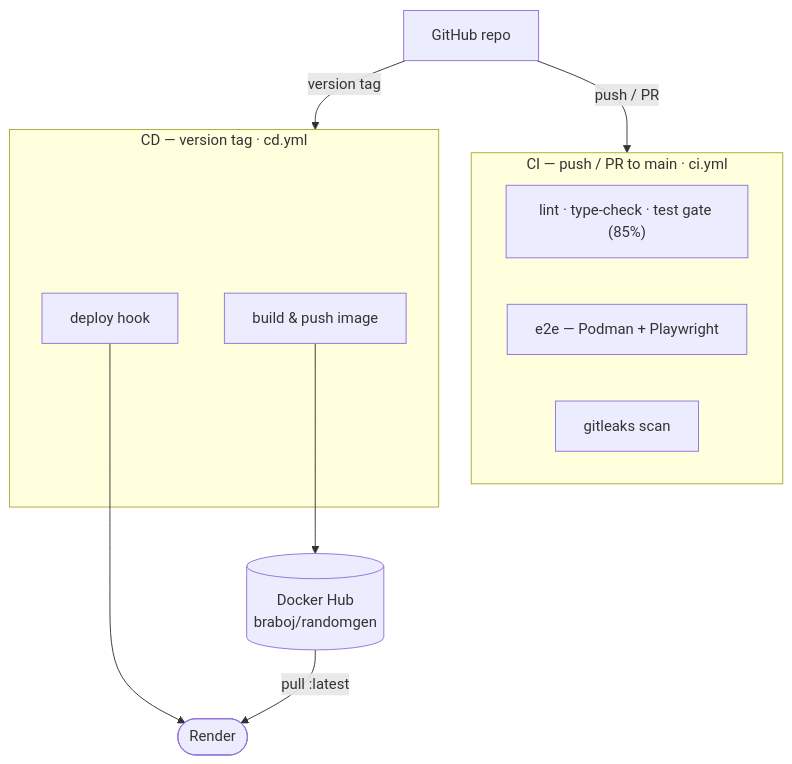
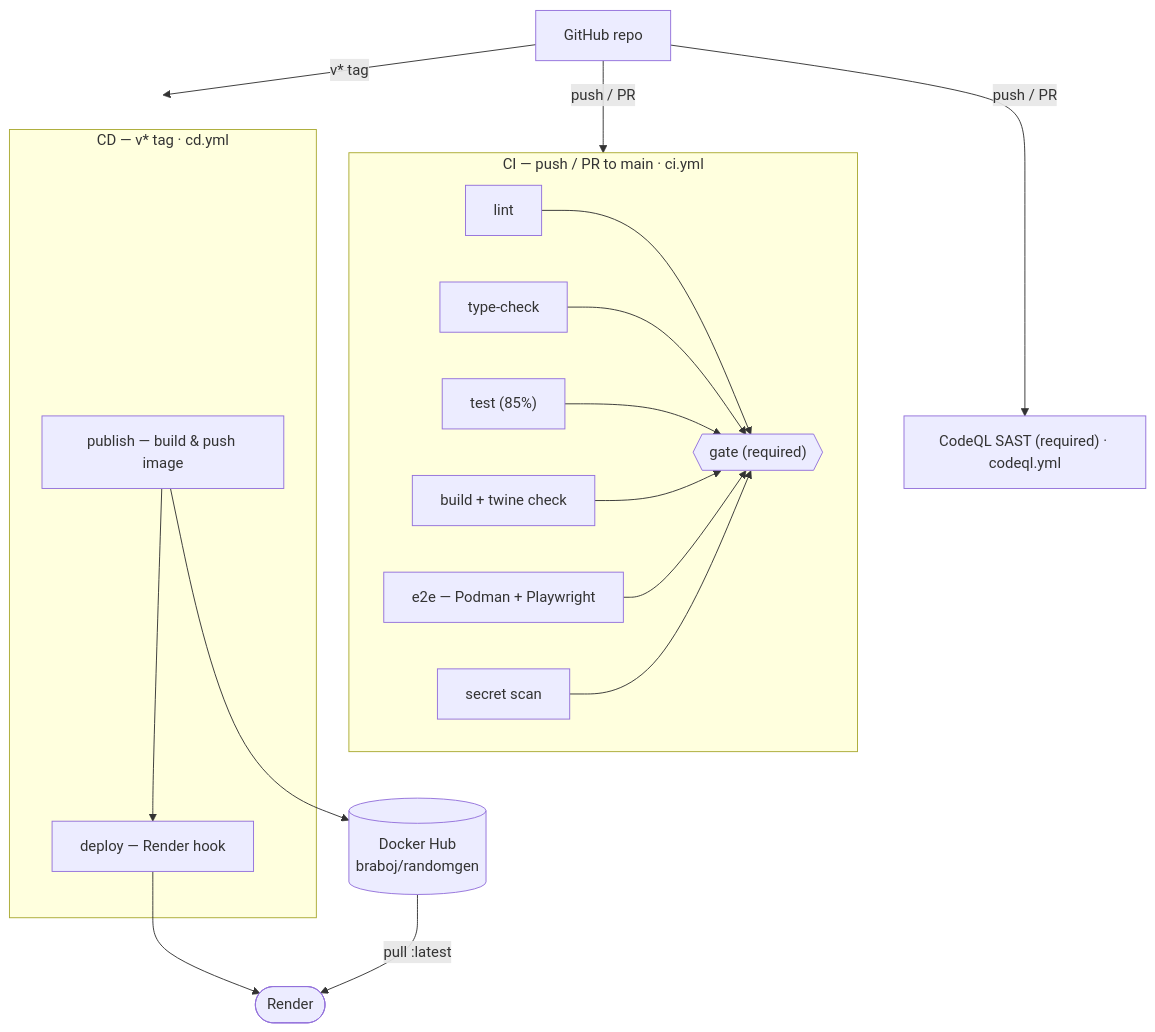
One commit to braboj/demo-randomgen changed the second of 2 diagrams in docs/arc42/07-deployment-view.md. Above: the diagram before and after it, drawn with Mermaid. The commit also changed other lines of this file, not shown here.

Commit message:
docs(arc42): refresh §7 deployment view for the new CI/CD pipeline (#166)
Bring Chapter 7 in line with AD-20:
- §7.1: the CI gate now also runs a packaging build and CodeQL SAST; note
  that `gate` + CodeQL are required checks on the protected `main`.
- §7.3: three workflows (ci.yml quality gate, codeql.yml SAST, cd.yml release);
  redrew the diagram to show the one-job-per-gate fan-out into the `gate`
  aggregator, CodeQL, and the cd publish -> deploy split.
- §7.5: cd triggers on `v*` tags (was `*`); the `publish` job pushes the image
  and the `deploy` job POSTs the Render hook.

````diff
--- a/docs/arc42/07-deployment-view.md
+++ b/docs/arc42/07-deployment-view.md
@@ -54,24 +58,38 @@
 ```mermaid
 flowchart TB
     repo["GitHub repo"]
 
     subgraph ci["CI — push / PR to main · ci.yml"]
-        gate["lint · type-check · test gate (85%)"]
+        lint["lint"]
+        typ["type-check"]
+        test["test (85%)"]
+        bld["build + twine check"]
         e2e["e2e — Podman + Playwright"]
-        scan["gitleaks scan"]
+        secret["secret scan"]
+        gate{{"gate (required)"}}
+        lint --> gate
+        typ --> gate
+        test --> gate
+        bld --> gate
+        e2e --> gate
+        secret --> gate
     end
 
-    subgraph cd["CD — version tag · cd.yml"]
-        build["build & push image"]
-        hook["deploy hook"]
+    sast["CodeQL SAST (required) · codeql.yml"]
+
+    subgraph cd["CD — v* tag · cd.yml"]
+        publish["publish — build & push image"]
+        deploy["deploy — Render hook"]
+        publish --> deploy
     end
 
     hub[("Docker Hub<br/>braboj/randomgen")]
     render(["Render"])
 
     repo -->|push / PR| ci
-    repo -->|version tag| cd
-    build --> hub
-    hook --> render
+    repo -->|push / PR| sast
+    repo -->|v* tag| cd
+    publish --> hub
+    deploy --> render
     hub -->|pull :latest| render
 ```
````
